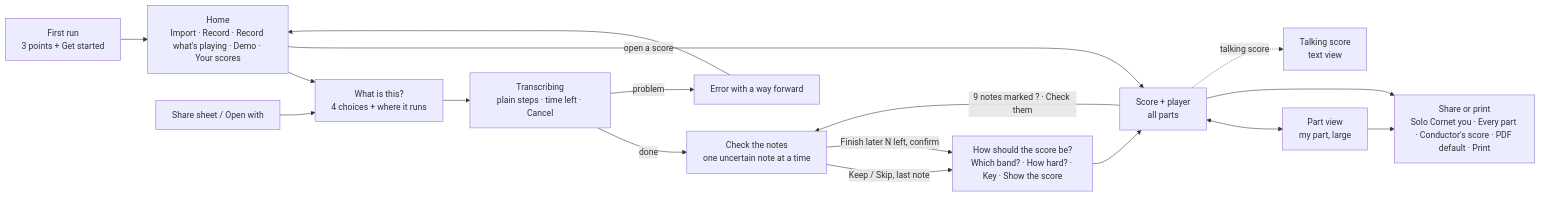
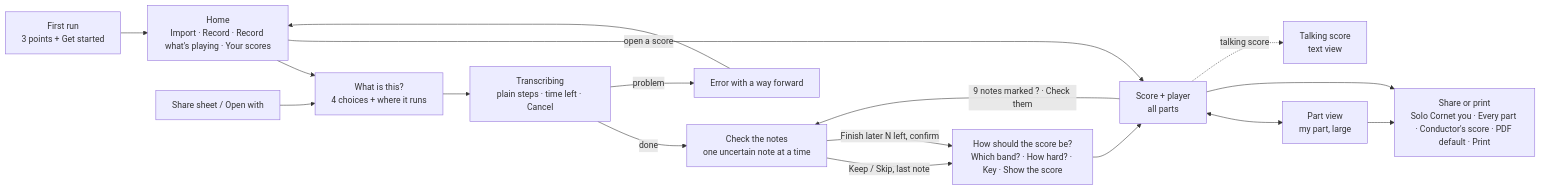
The diagram in design/system.md (181192/brasscribe), drawn with Mermaid before and after one commit. The commit also changed 81 other files, not shown here.

````diff
--- a/design/system.md
+++ b/design/system.md
@@ -59,19 +59,19 @@
 ```mermaid
 flowchart LR
   FR[First run<br/>3 points + Get started] --> H
-  H[Home<br/>Import · Record · Record what's playing · Demo · Your scores] --> W
+  H[Home<br/>Import · Record · Record what's playing · Your scores] --> W
   SH[Share sheet / Open with] --> W
   W[What is this?<br/>4 choices + where it runs] --> T
   T[Transcribing<br/>plain steps · time left · Cancel] -->|done| R
   T -->|problem| E[Error with a way forward]
   E --> H
   R[Check the notes<br/>one uncertain note at a time] -->|Keep / Skip, last note| O
   R -->|Finish later N left, confirm| O
   O[How should the score be?<br/>Which band? · How hard? · Key · Show the score] --> S
   S[Score + player<br/>all parts] <--> P[Part view<br/>my part, large]
   S --> X[Share or print<br/>Solo Cornet you · Every part · Conductor's score · PDF default · Print]
   S -->|9 notes marked ? · Check them| R
   P --> X
   H -->|open a score| S
   S -. talking score .-> TS[Talking score<br/>text view]
 ```
````
